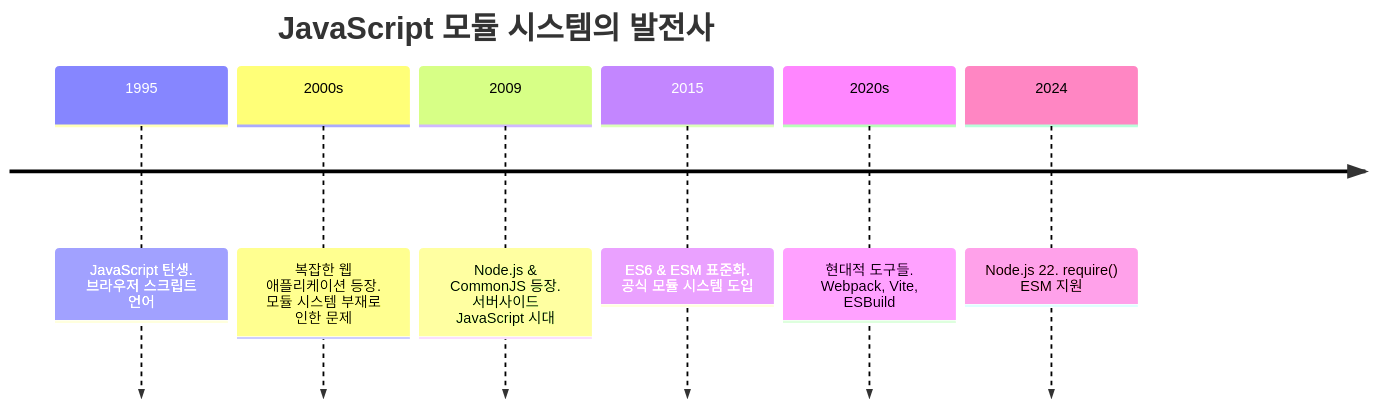
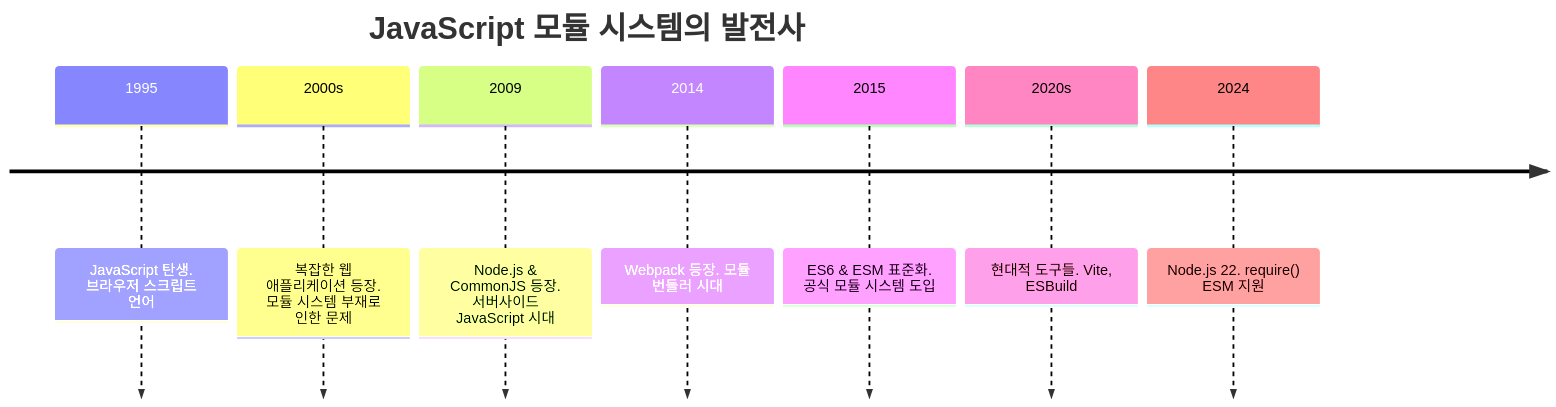
The first of 7 diagrams in src/commonjs-esm/README.md (netscout/typescript-studies), drawn with Mermaid before and after one commit.

Commit message:
수정

````diff
--- a/src/commonjs-esm/README.md
+++ b/src/commonjs-esm/README.md
@@ -30,11 +30,12 @@
 ```mermaid
 timeline
     title JavaScript 모듈 시스템의 발전사
 
     1995 : JavaScript 탄생. 브라우저 스크립트 언어
     2000s : 복잡한 웹 애플리케이션 등장. 모듈 시스템 부재로 인한 문제
     2009 : Node.js & CommonJS 등장. 서버사이드 JavaScript 시대
+    2014 : Webpack 등장. 모듈 번들러 시대
     2015 : ES6 & ESM 표준화. 공식 모듈 시스템 도입
-    2020s : 현대적 도구들. Webpack, Vite, ESBuild
+    2020s : 현대적 도구들. Vite, ESBuild
     2024 : Node.js 22. require() ESM 지원
 ```
````
